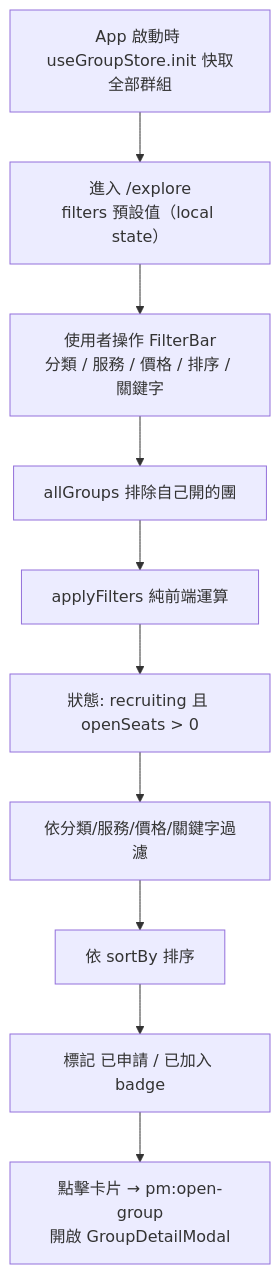
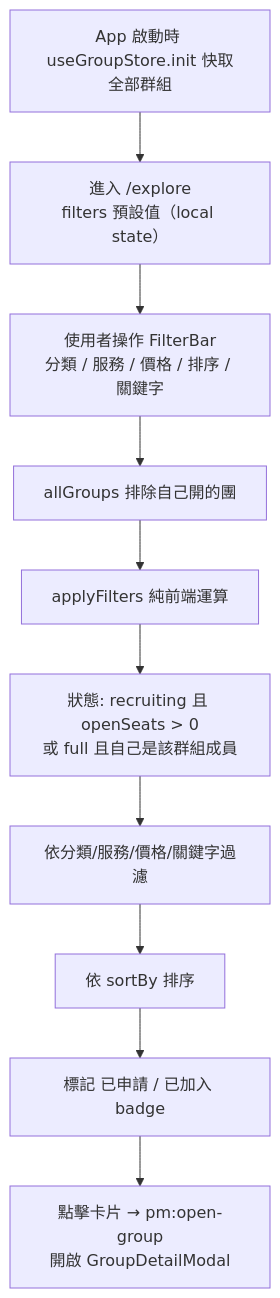
Before and after one commit to s1092055/PartyMatch: the diagram in docs/flows/explore-flow.md, drawn with Mermaid. The commit also changed other lines of this file and 59 other files, not shown here.

````diff
--- a/docs/flows/explore-flow.md
+++ b/docs/flows/explore-flow.md
@@ -8,12 +8,12 @@
 ```mermaid
 flowchart TD
     A[App 啟動時 useGroupStore.init 快取全部群組] --> B[進入 /explore\nfilters 預設值（local state）]
     B --> C[使用者操作 FilterBar\n分類 / 服務 / 價格 / 排序 / 關鍵字]
     C --> D[allGroups 排除自己開的團]
     D --> E[applyFilters 純前端運算]
-    E --> F[狀態: recruiting 且 openSeats > 0]
+    E --> F[狀態: recruiting 且 openSeats > 0\n或 full 且自己是該群組成員]
     F --> G[依分類/服務/價格/關鍵字過濾]
     G --> H[依 sortBy 排序]
     H --> I[標記 已申請 / 已加入 badge]
     I --> J[點擊卡片 → pm:open-group\n開啟 GroupDetailModal]
 ```
````
